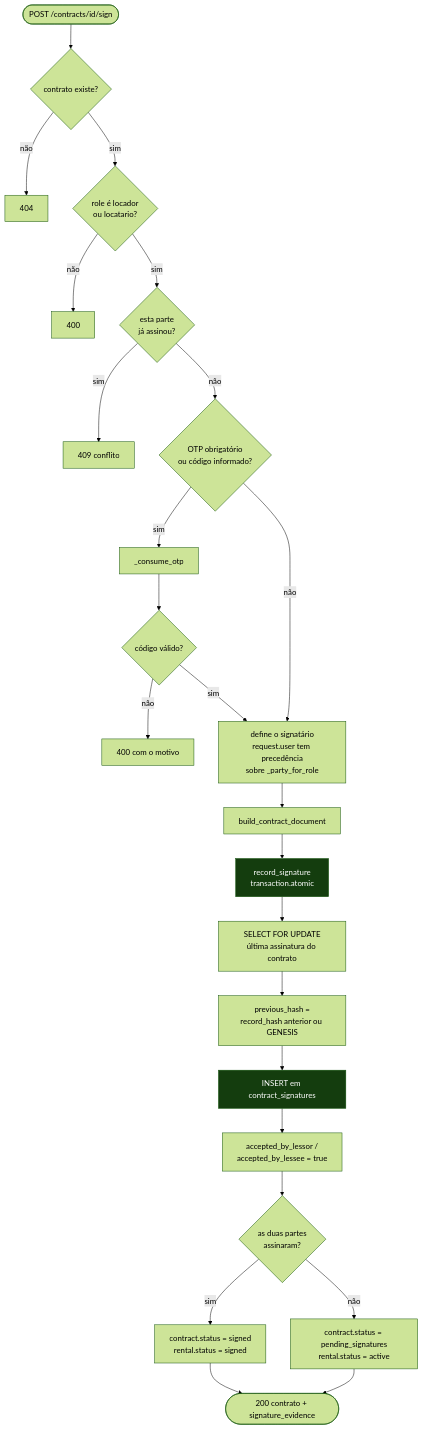
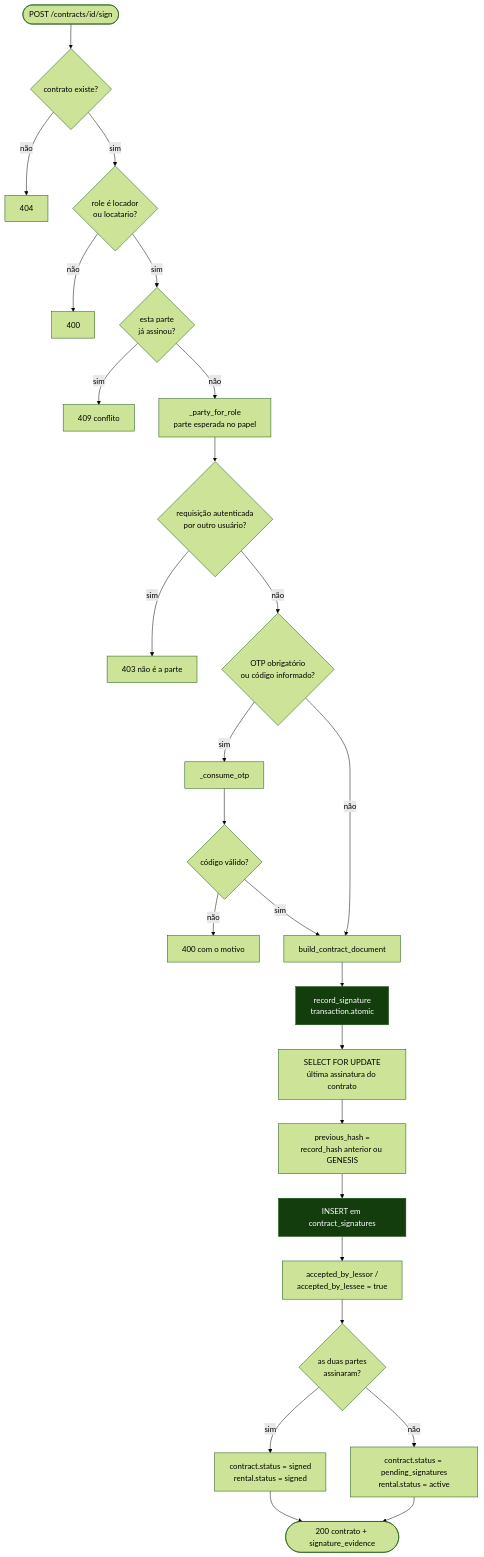
One commit to joaoson/Frota_Rural changed the fourth of 9 diagrams in Documentation/README_Fluxo_Assinatura.md. Above: the diagram before and after it, drawn with Mermaid (forest theme). The commit also changed other lines of this file and 58 other files, not shown here.

````diff
--- a/Documentation/README_Fluxo_Assinatura.md
+++ b/Documentation/README_Fluxo_Assinatura.md
@@ -232,29 +238,31 @@
 ```mermaid
 flowchart TD
     START(["POST /contracts/id/sign"]) --> C1{"contrato existe?"}
     C1 -- não --> E404["404"]
     C1 -- sim --> C2{"role é locador<br/>ou locatario?"}
     C2 -- não --> E400["400"]
     C2 -- sim --> C3{"esta parte<br/>já assinou?"}
     C3 -- sim --> E409["409 conflito"]
-    C3 -- não --> C4{"OTP obrigatório<br/>ou código informado?"}
+    C3 -- não --> PRT["_party_for_role<br/>parte esperada no papel"]
+    PRT --> C7{"requisição autenticada<br/>por outro usuário?"}
+    C7 -- sim --> E403["403 não é a parte"]
+    C7 -- não --> C4{"OTP obrigatório<br/>ou código informado?"}
     C4 -- sim --> CO["_consume_otp"]
     CO --> C5{"código válido?"}
     C5 -- não --> E400B["400 com o motivo"]
-    C5 -- sim --> SIGNER
-    C4 -- não --> SIGNER["define o signatário<br/>request.user tem precedência<br/>sobre _party_for_role"]
-    SIGNER --> BUILD["build_contract_document"]
+    C5 -- sim --> BUILD
+    C4 -- não --> BUILD["build_contract_document"]
     BUILD --> REC["record_signature<br/>transaction.atomic"]
     REC --> LOCK["SELECT FOR UPDATE<br/>última assinatura do contrato"]
     LOCK --> PREV["previous_hash =<br/>record_hash anterior ou GENESIS"]
     PREV --> INS["INSERT em contract_signatures"]
     INS --> UPD["accepted_by_lessor /<br/>accepted_by_lessee = true"]
     UPD --> C6{"as duas partes<br/>assinaram?"}
     C6 -- sim --> S1["contract.status = signed<br/>rental.status = signed"]
     C6 -- não --> S2["contract.status = pending_signatures<br/>rental.status = active"]
     S1 --> OK(["200 contrato + signature_evidence"])
     S2 --> OK
 
     style REC fill:#143d0e,color:#ffffff
     style INS fill:#143d0e,color:#ffffff
 ```
````
